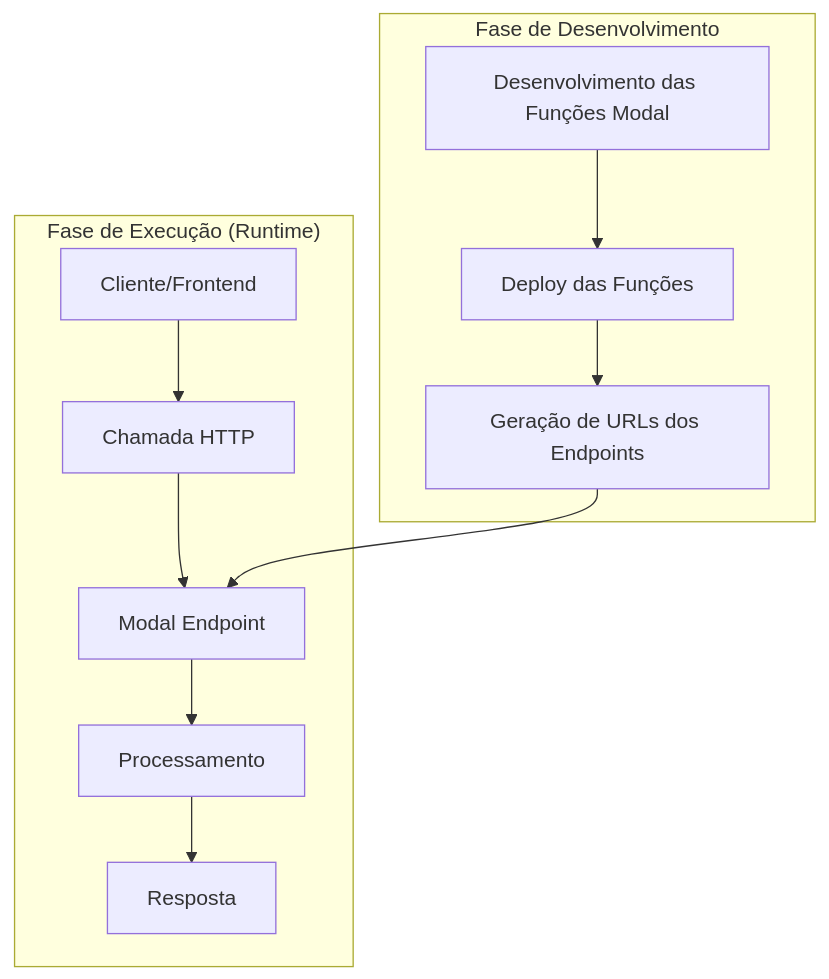
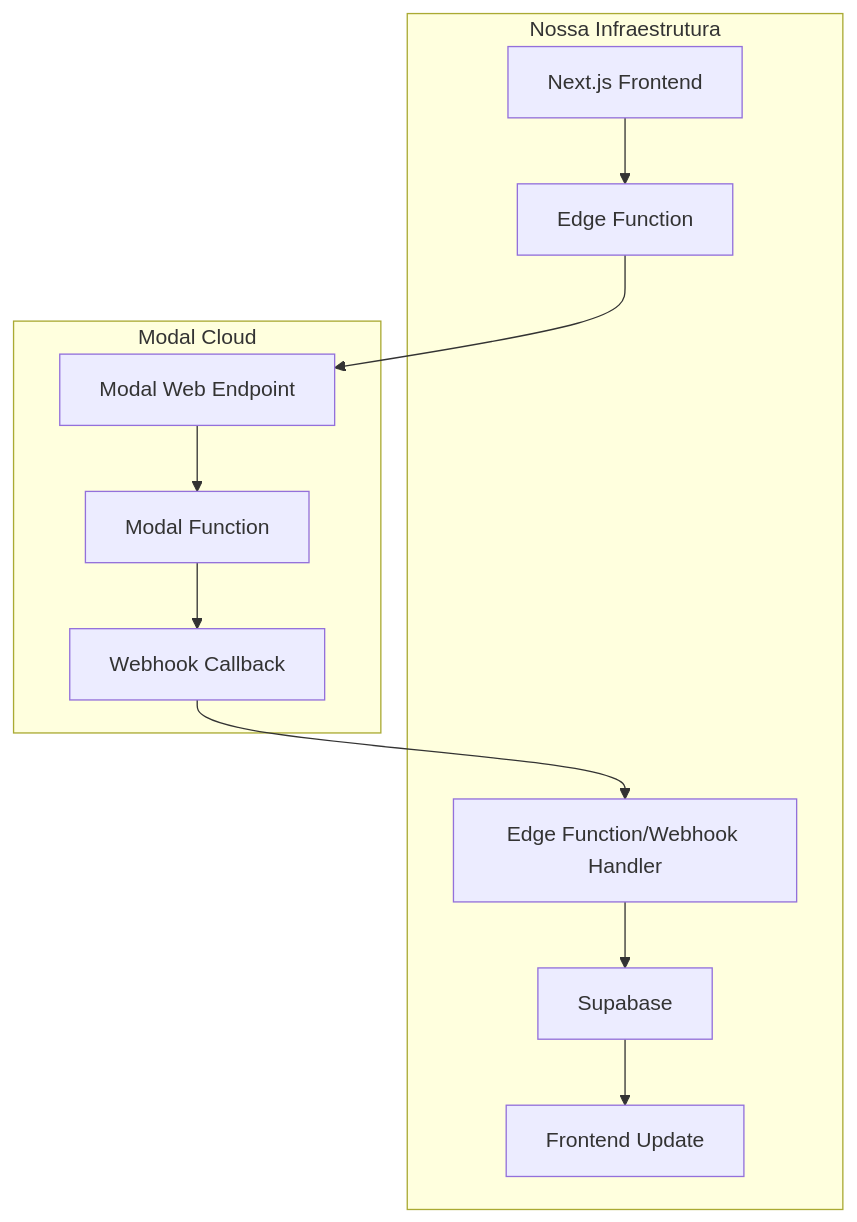
The third of 3 diagrams in .cursor/rules/modallabs-api.mdc (jgabriellima/MeetAnalyzer), drawn with Mermaid before and after one commit. The commit also changed other lines of this file, not shown here.

````diff
--- a/.cursor/rules/modallabs-api.mdc
+++ b/.cursor/rules/modallabs-api.mdc
@@ -544,16 +347,24 @@
 ```mermaid
 flowchart TD
-    subgraph "Fase de Desenvolvimento"
-        A1[Desenvolvimento das Funções Modal] --> A2[Deploy das Funções]
-        A2 --> A3[Geração de URLs dos Endpoints]
+    A[Next.js Frontend] --> B[Edge Function]
+    B --> C[Modal Web Endpoint]
+    C --> D[Modal Function]
+    D --> E[Webhook Callback]
+    E --> F[Edge Function]
+    F --> G[Supabase]
+    G --> H[Frontend Update]
+
+    subgraph "Nossa Infraestrutura"
+        A[Next.js Frontend]
+        B[Edge Function]
+        F[Edge Function/Webhook Handler]
+        G[Supabase]
+        H[Frontend Update]
     end
-    
-    subgraph "Fase de Execução (Runtime)"
-        B1[Cliente/Frontend] --> B2[Chamada HTTP]
-        B2 --> B3[Modal Endpoint]
-        B3 --> B4[Processamento]
-        B4 --> B5[Resposta]
+
+    subgraph "Modal Cloud"
+        C[Modal Web Endpoint]
+        D[Modal Function]
+        E[Webhook Callback]
     end
-    
-    A3 --> B3
 ```
````
